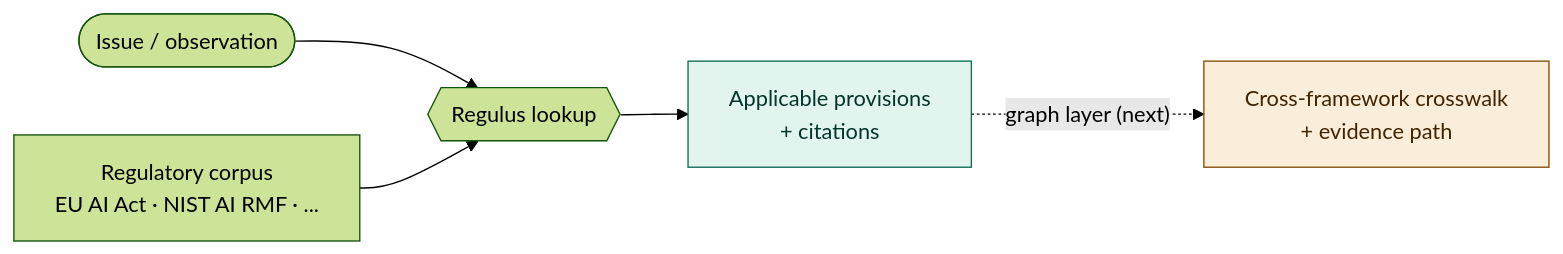
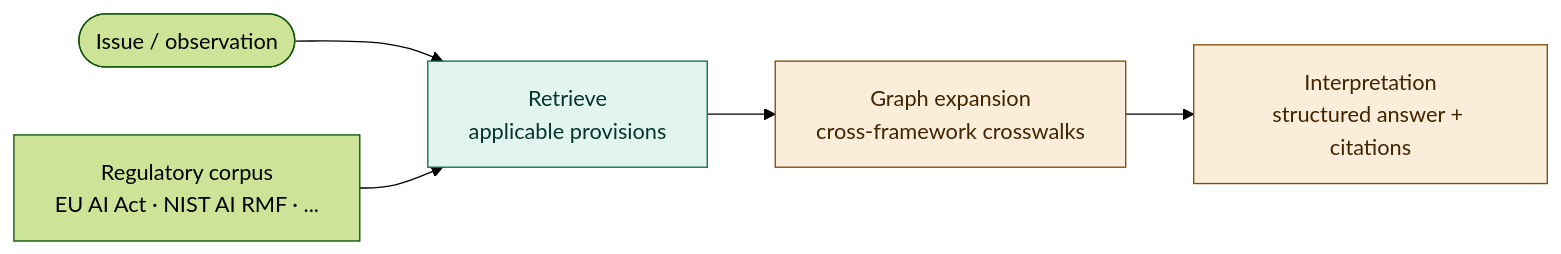
The second of 4 diagrams in README.md (minw0607/Regulus), drawn with Mermaid (forest theme) before and after one commit. The commit also changed other lines of this file, not shown here.

First line of the commit message:
docs: professional overview front page with the name story and diagrams

````diff
--- a/README.md
+++ b/README.md
@@ -45,11 +72,11 @@
 ```mermaid
 flowchart LR
-    I(["Issue / observation"]) --> R{{"Regulus lookup"}}
-    S["Regulatory corpus<br/>EU AI Act · NIST AI RMF · ..."] --> R
-    R --> P["Applicable provisions<br/>+ citations"]
-    P -. "graph layer (next)" .-> X["Cross-framework crosswalk<br/>+ evidence path"]
+    I(["Issue / observation"]) --> RET["Retrieve<br/>applicable provisions"]
+    C["Regulatory corpus<br/>EU AI Act · NIST AI RMF · ..."] --> RET
+    RET --> G["Graph expansion<br/>cross-framework crosswalks"]
+    G --> INT["Interpretation<br/>structured answer + citations"]
     classDef now fill:#e1f5ee,stroke:#0f6e56,color:#04342c;
     classDef next fill:#faeeda,stroke:#854f0b,color:#412402;
-    class P now
-    class X next
+    class RET now
+    class G,INT next
 ```
````
